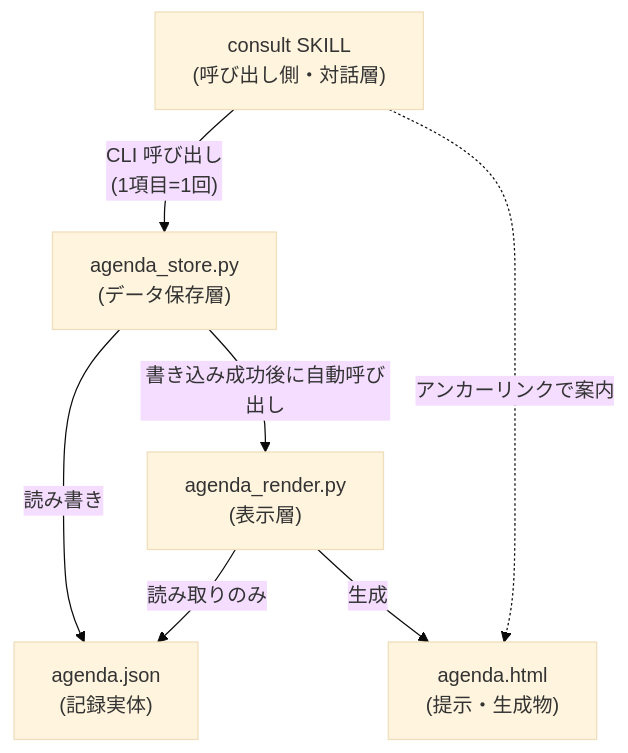
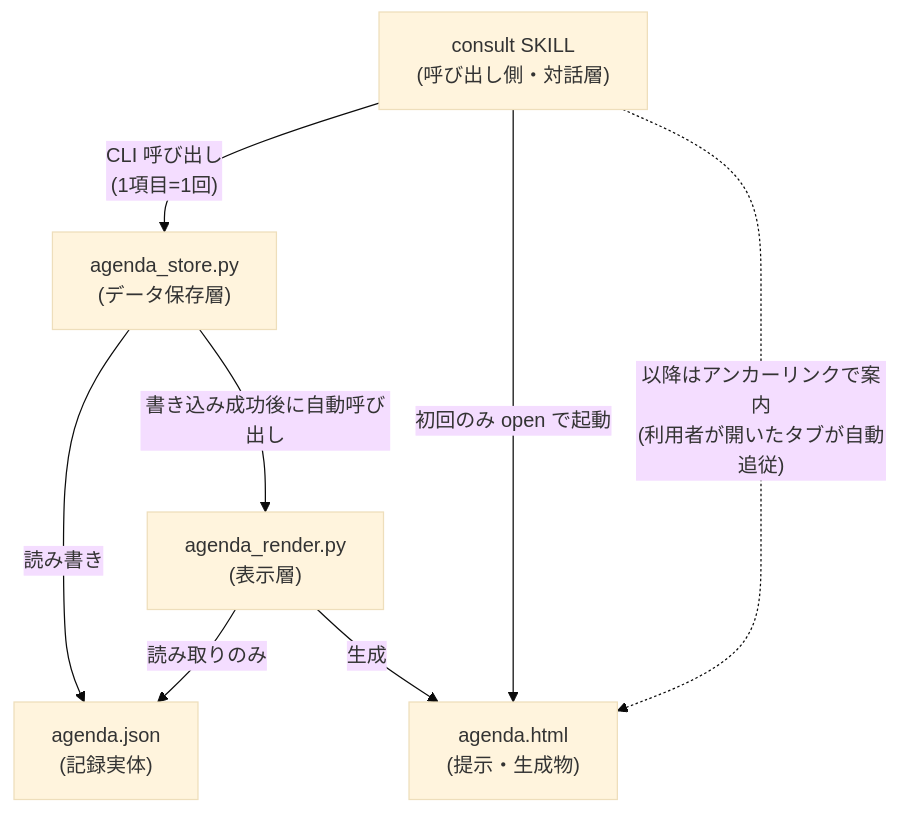
Before and after one commit to BlueEventHorizon/bw-cc-plugins: the first of 3 diagrams in docs/specs/consult/agenda/design/DES-075_agenda_mechanism_design.md, drawn with Mermaid (base theme). The commit also changed other lines of this file and 1 other file, not shown here.

````diff
--- a/docs/specs/consult/agenda/design/DES-075_agenda_mechanism_design.md
+++ b/docs/specs/consult/agenda/design/DES-075_agenda_mechanism_design.md
@@ -30,15 +31,16 @@
 ```mermaid
 flowchart TB
     Consult["consult SKILL<br/>(呼び出し側・対話層)"]
     Store["agenda_store.py<br/>(データ保存層)"]
     Render["agenda_render.py<br/>(表示層)"]
     JSON["agenda.json<br/>(記録実体)"]
     HTML["agenda.html<br/>(提示・生成物)"]
 
     Consult -->|"CLI 呼び出し<br/>(1項目=1回)"| Store
     Store -->|"読み書き"| JSON
     Store -->|"書き込み成功後に自動呼び出し"| Render
     Render -->|"読み取りのみ"| JSON
     Render -->|"生成"| HTML
-    Consult -.->|"アンカーリンクで案内"| HTML
+    Consult -->|"初回のみ open で起動"| HTML
+    Consult -.->|"以降はアンカーリンクで案内<br/>(利用者が開いたタブが自動追従)"| HTML
 ```
````
